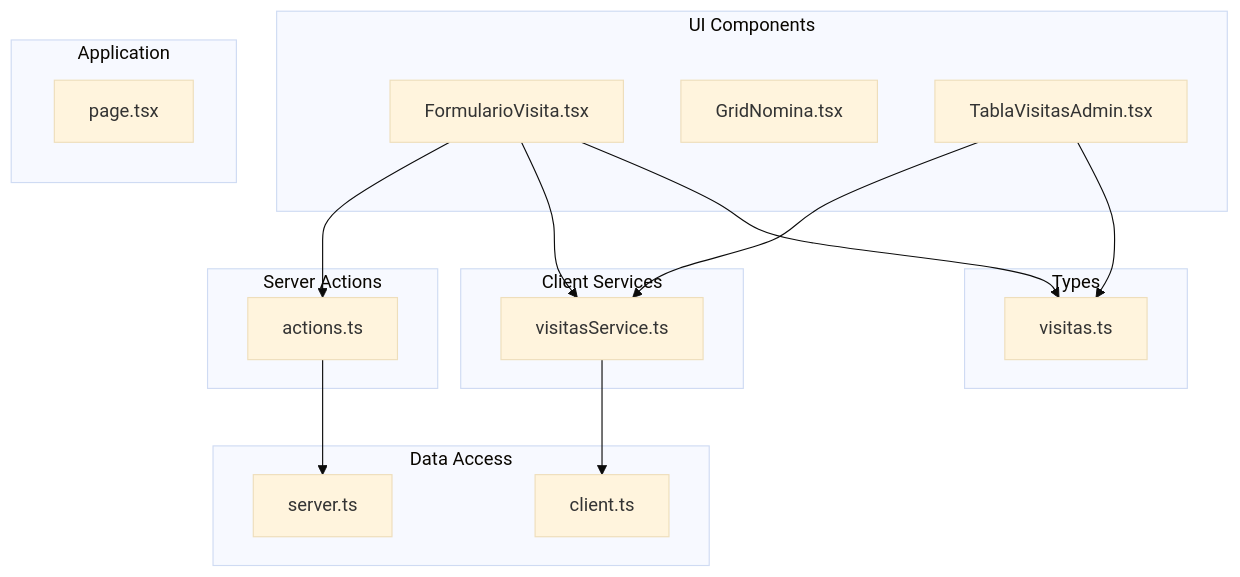
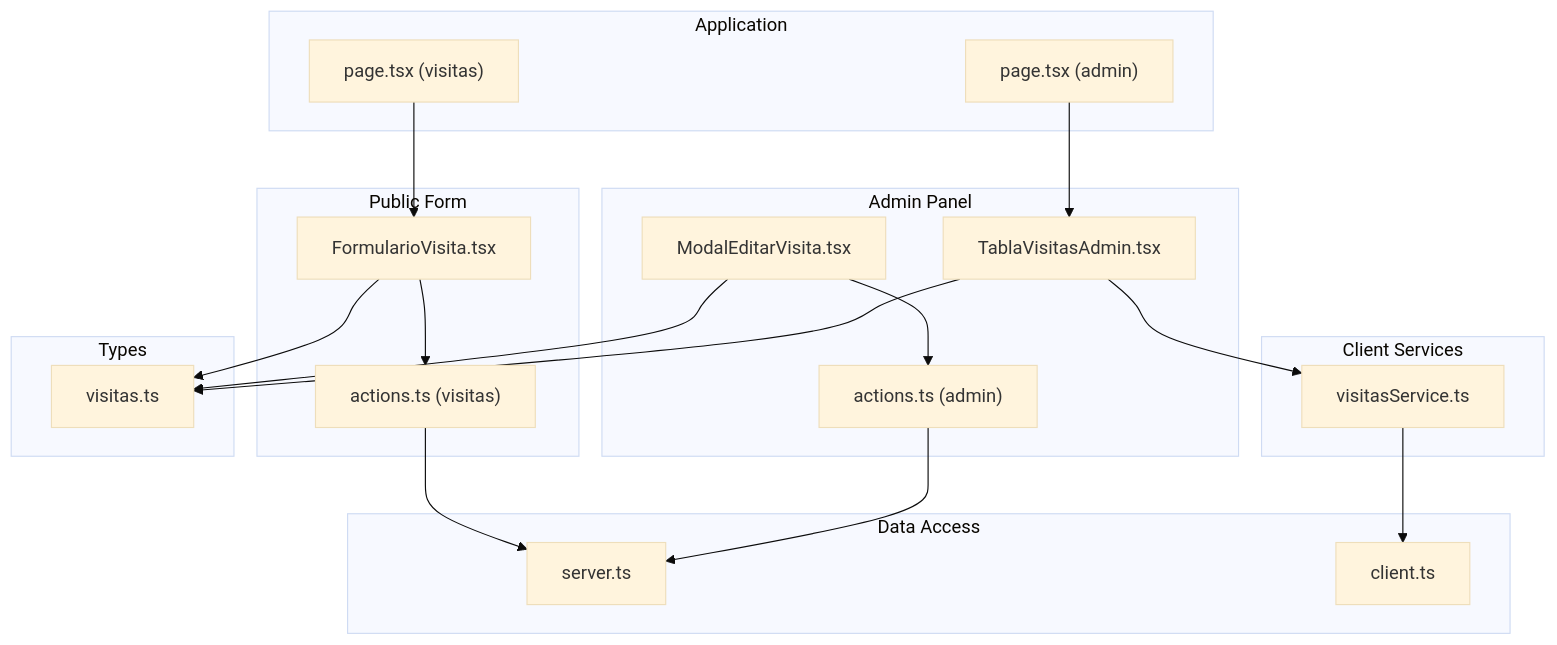
Before and after one commit to AgusCatra/simu-twin-web: the first of 3 diagrams in .qoder/repowiki/en/content/Core Services & Business Logic/Visit Management Service.md, drawn with Mermaid (base theme). The commit also changed other lines of this file and 11 other files, not shown here.

First line of the commit message:
docs(admin): actualizar la documentación del panel administrativo

````diff
--- a/.qoder/repowiki/en/content/Core Services & Business Logic/Visit Management Service.md
+++ b/.qoder/repowiki/en/content/Core Services & Business Logic/Visit Management Service.md
@@ -63,31 +68,37 @@
 ```mermaid
 graph TB
-subgraph "Server Actions"
-A["actions.ts"]
+subgraph "Public Form"
+A["FormularioVisita.tsx"]
+B["actions.ts (visitas)"]
+end
+subgraph "Admin Panel"
+C["ModalEditarVisita.tsx"]
+D["actions.ts (admin)"]
+E["TablaVisitasAdmin.tsx"]
 end
 subgraph "Client Services"
 S["visitasService.ts"]
 end
 subgraph "Types"
 T["visitas.ts"]
 end
 subgraph "Data Access"
-D["server.ts"]
-C["client.ts"]
-end
-subgraph "UI Components"
-U["FormularioVisita.tsx"]
-G["GridNomina.tsx"]
-A2["TablaVisitasAdmin.tsx"]
+D1["server.ts"]
+C1["client.ts"]
 end
 subgraph "Application"
-P["page.tsx"]
+P1["page.tsx (visitas)"]
+P2["page.tsx (admin)"]
 end
-U --> A
-U --> S
-A2 --> S
-A --> D
-S --> C
-U --> T
-A2 --> T
+A --> B
+C --> D
+E --> S
+B --> D1
+D --> D1
+S --> C1
+A --> T
+C --> T
+E --> T
+P1 --> A
+P2 --> E
 ```
````
